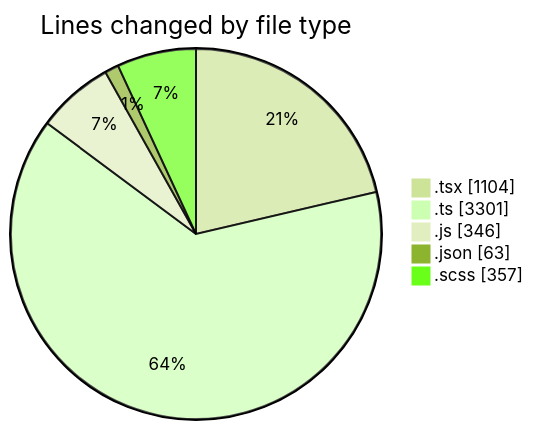
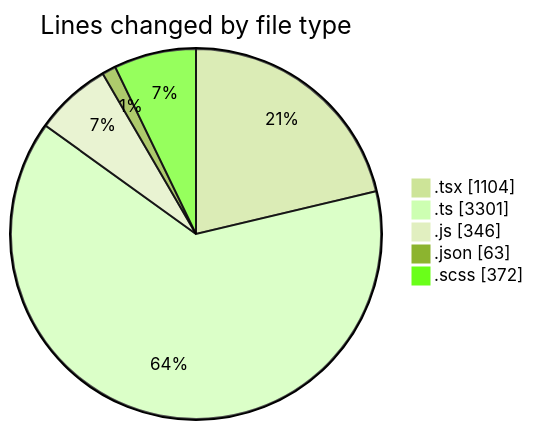
The first of 2 diagrams in 2025-12-01/cda/README.md (momahboobian/code-tracking), drawn with Mermaid (forest theme) before and after one commit. The commit also changed other lines of this file and 1 other file, not shown here.

````diff
--- a/2025-12-01/cda/README.md
+++ b/2025-12-01/cda/README.md
@@ -32,9 +32,9 @@
 ```mermaid
 pie showData
 title Lines changed by file type
 ".tsx" : 1104
 ".ts" : 3301
 ".js" : 346
 ".json" : 63
-".scss" : 357
+".scss" : 372
 ```
````
